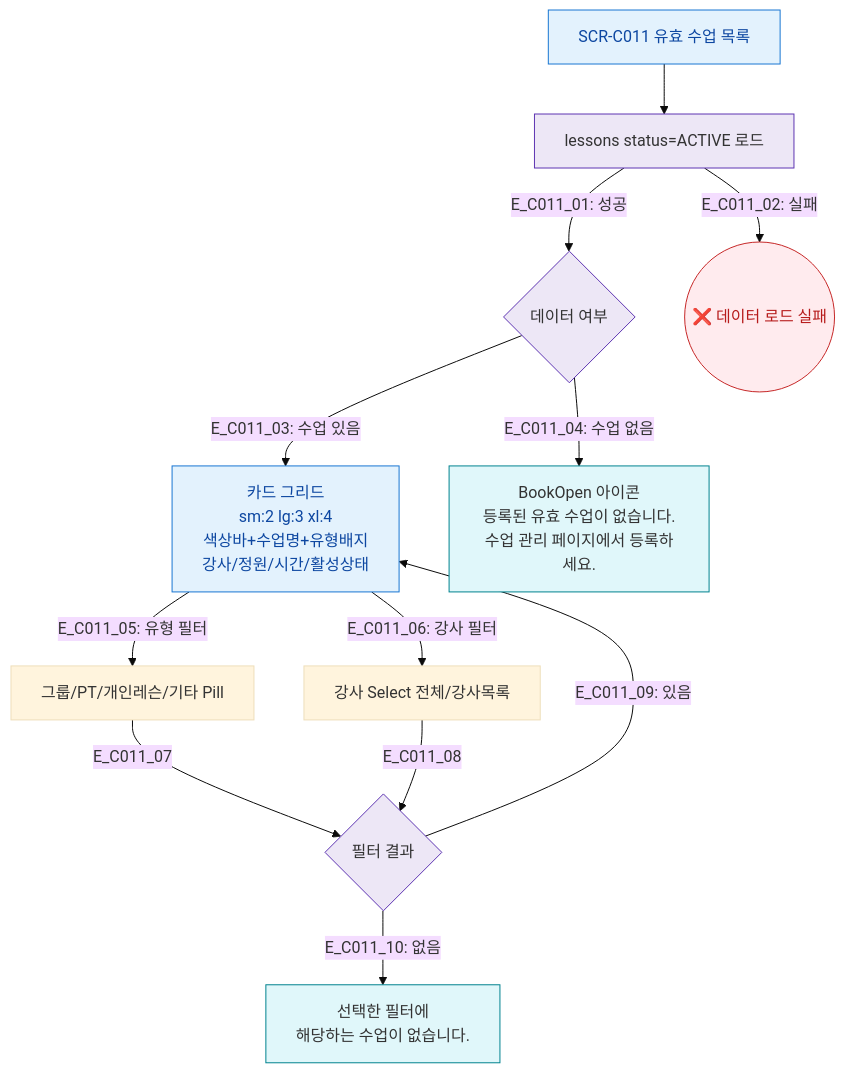
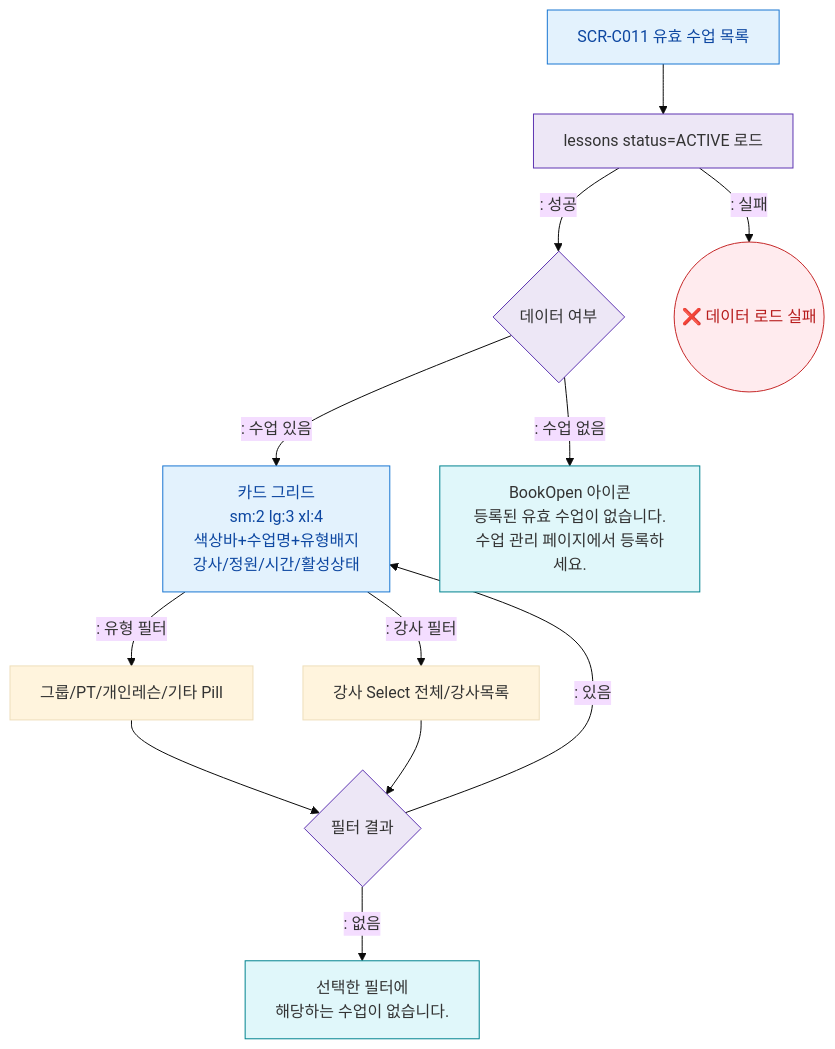
Before and after one commit to dev-spogym/admin-pando: the diagram in docs/다이어그램/D04_수업관리/SCR-C011_유효수업목록/F2_메인.md, drawn with Mermaid (base theme). The commit also changed other lines of this file and 1660 other files, not shown here.

First line of the commit message:
다이어그램: 기획자/클라이언트 납품본으로 정리

````diff
--- a/docs/다이어그램/D04_수업관리/SCR-C011_유효수업목록/F2_메인.md
+++ b/docs/다이어그램/D04_수업관리/SCR-C011_유효수업목록/F2_메인.md
@@ -20,26 +18,26 @@
 ```mermaid
 flowchart TD
   SCR_C011[SCR-C011 유효 수업 목록] --> LoadData[lessons status=ACTIVE 로드]
-  LoadData -->|"E_C011_01: 성공"| DataCheck{데이터 여부}
-  LoadData -->|"E_C011_02: 실패"| ErrLoad((❌ 데이터 로드 실패))
+  LoadData -->|": 성공"|DataCheck{데이터 여부}
+  LoadData -->|": 실패"|ErrLoad((❌ 데이터 로드 실패))
 
-  DataCheck -->|"E_C011_03: 수업 있음"| CardGrid[카드 그리드\nsm:2 lg:3 xl:4\n색상바+수업명+유형배지\n강사/정원/시간/활성상태]
-  DataCheck -->|"E_C011_04: 수업 없음"| EmptyState[BookOpen 아이콘\n등록된 유효 수업이 없습니다.\n수업 관리 페이지에서 등록하세요.]
+  DataCheck -->|": 수업 있음"|CardGrid[카드 그리드\nsm:2 lg:3 xl:4\n색상바+수업명+유형배지\n강사/정원/시간/활성상태]
+  DataCheck -->|": 수업 없음"|EmptyState[BookOpen 아이콘\n등록된 유효 수업이 없습니다.\n수업 관리 페이지에서 등록하세요.]
 
-  CardGrid -->|"E_C011_05: 유형 필터"| TypeFilter[그룹/PT/개인레슨/기타 Pill]
-  CardGrid -->|"E_C011_06: 강사 필터"| InstFilter[강사 Select 전체/강사목록]
+  CardGrid -->|": 유형 필터"|TypeFilter[그룹/PT/개인레슨/기타 Pill]
+  CardGrid -->|": 강사 필터"|InstFilter[강사 Select 전체/강사목록]
 
-  TypeFilter -->|E_C011_07| FilterResult{필터 결과}
-  InstFilter -->|E_C011_08| FilterResult
-  FilterResult -->|"E_C011_09: 있음"| CardGrid
-  FilterResult -->|"E_C011_10: 없음"| FilterEmpty[선택한 필터에\n해당하는 수업이 없습니다.]
+  TypeFilter --> FilterResult{필터 결과}
+  InstFilter --> FilterResult
+  FilterResult -->|": 있음"|CardGrid
+  FilterResult -->|": 없음"|FilterEmpty[선택한 필터에\n해당하는 수업이 없습니다.]
 
   classDef screen fill:#E3F2FD,stroke:#1976D2,color:#0D47A1
   classDef system fill:#EDE7F6,stroke:#5E35B2
   classDef info fill:#E0F7FA,stroke:#00838F
   classDef error fill:#FFEBEE,stroke:#C62828,color:#B71C1C
   class SCR_C011,CardGrid screen
   class LoadData,DataCheck,FilterResult system
   class EmptyState,FilterEmpty info
   class ErrLoad error
 ```
````
